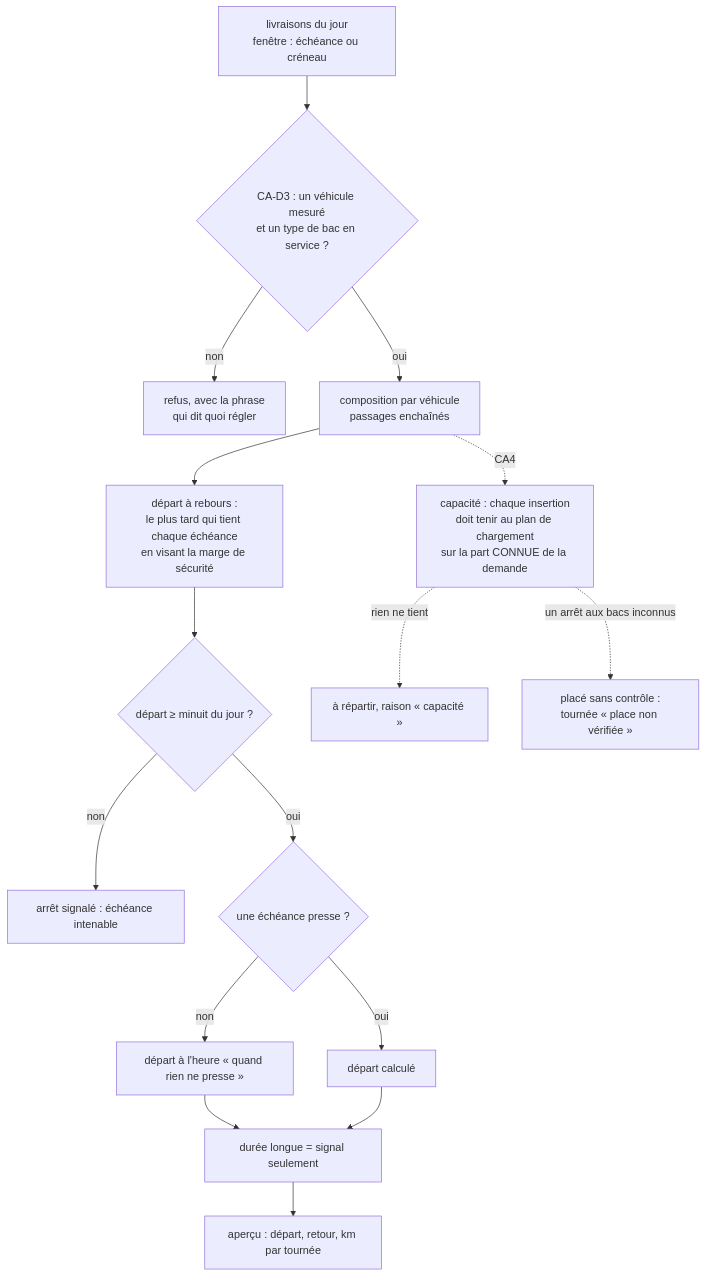
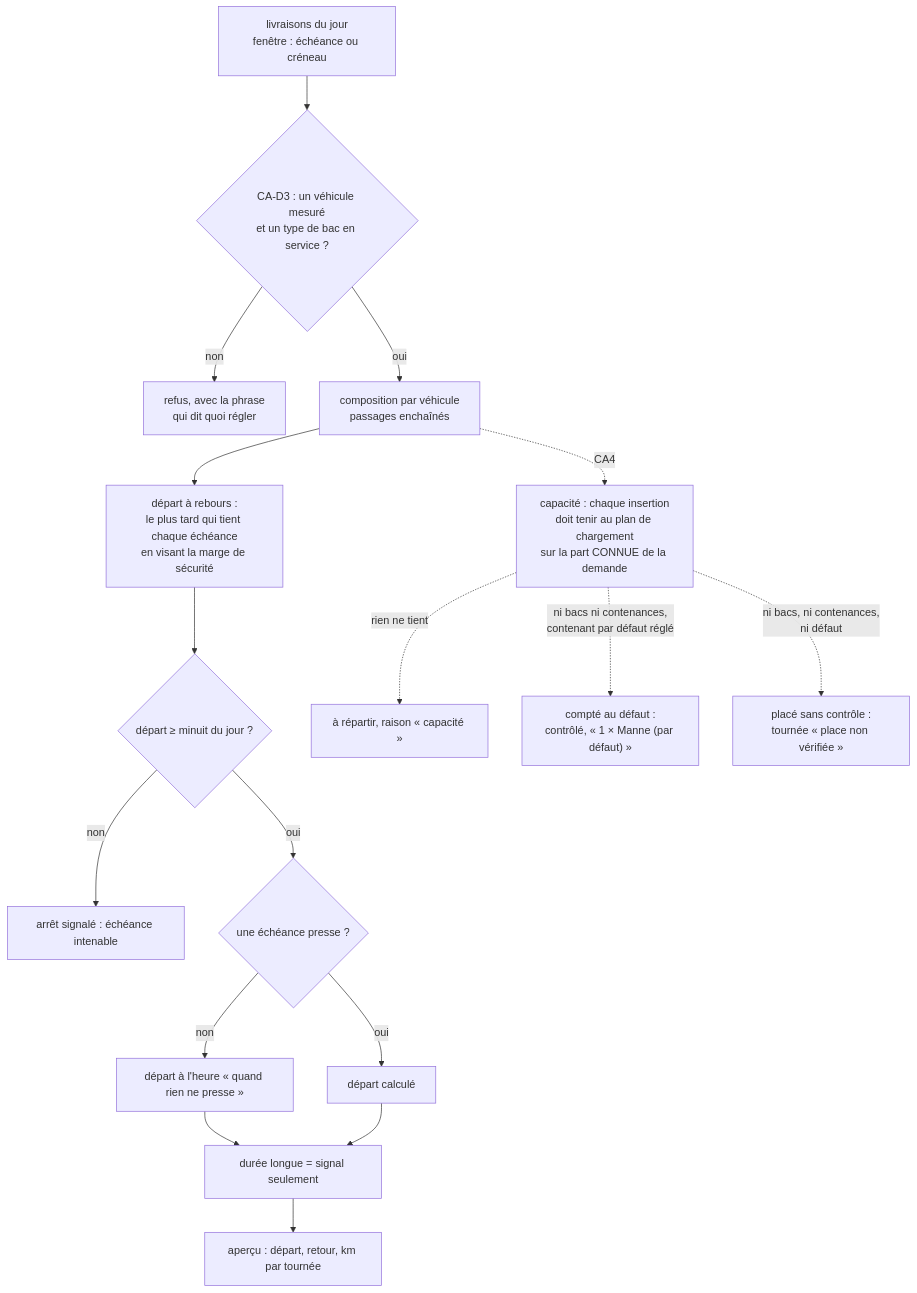
Before and after one commit to hugoheynard/lfd: the third of 3 diagrams in documentation/livraisons/composition-automatique.md, drawn with Mermaid. The commit also changed other lines of this file and 41 other files, not shown here.

First line of the commit message:
feat(livraison): un contenant par défaut par commande, le temps d'avoir le compte du colisage

````diff
--- a/documentation/livraisons/composition-automatique.md
+++ b/documentation/livraisons/composition-automatique.md
@@ -126,18 +126,19 @@
 ```mermaid
 flowchart TD
     A[livraisons du jour<br/>fenêtre : échéance ou créneau] --> B{CA-D3 : un véhicule mesuré<br/>et un type de bac en service ?}
     B -- non --> R[refus, avec la phrase<br/>qui dit quoi régler]
     B -- oui --> C[composition par véhicule<br/>passages enchaînés]
     C --> D[départ à rebours :<br/>le plus tard qui tient chaque échéance<br/>en visant la marge de sécurité]
     D --> E{départ ≥ minuit du jour ?}
     E -- non --> F[arrêt signalé : échéance intenable]
     E -- oui --> G{une échéance presse ?}
     G -- non --> H[départ à l'heure « quand rien ne presse »]
     G -- oui --> I[départ calculé]
     H --> J[durée longue = signal seulement]
     I --> J
     J --> K[aperçu : départ, retour, km par tournée]
     C -.->|CA4| L[capacité : chaque insertion<br/>doit tenir au plan de chargement<br/>sur la part CONNUE de la demande]
     L -.->|rien ne tient| M[à répartir, raison « capacité »]
-    L -.->|un arrêt aux bacs inconnus| N[placé sans contrôle :<br/>tournée « place non vérifiée »]
+    L -.->|ni bacs ni contenances,<br/>contenant par défaut réglé| P["compté au défaut :<br/>contrôlé, « 1 × Manne (par défaut) »"]
+    L -.->|ni bacs, ni contenances,<br/>ni défaut| N[placé sans contrôle :<br/>tournée « place non vérifiée »]
 ```
````
